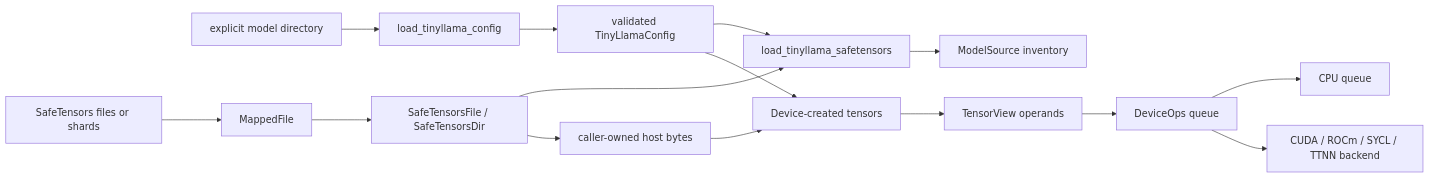
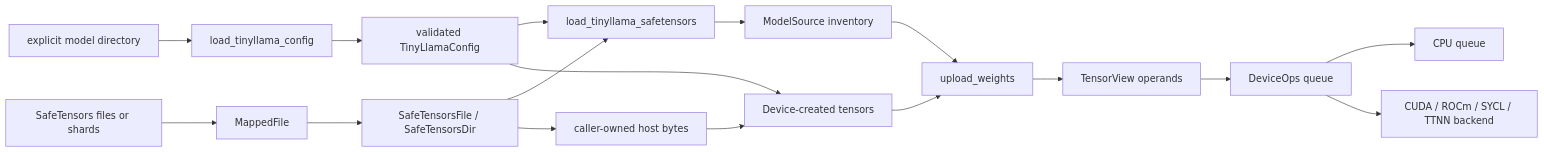
The diagram in docs/ARCHITECTURE.md (rlewczuk/iom), drawn with Mermaid before and after one commit. The commit also changed other lines of this file and 5 other files, not shown here.

````diff
--- a/docs/ARCHITECTURE.md
+++ b/docs/ARCHITECTURE.md
@@ -12,17 +12,19 @@
 ```mermaid
 flowchart LR
     directory[explicit model directory] --> config[load_tinyllama_config]
     config --> dimensions[validated TinyLlamaConfig]
     weights[SafeTensors files or shards] --> mapped[MappedFile]
     mapped --> store[SafeTensorsFile / SafeTensorsDir]
     dimensions --> source[load_tinyllama_safetensors]
     store --> source
     source --> inventory[ModelSource inventory]
     store --> host[caller-owned host bytes]
     host --> tensor[Device-created tensors]
     dimensions --> tensor
-    tensor --> view[TensorView operands]
+    inventory --> upload[upload_weights]
+    tensor --> upload
+    upload --> view[TensorView operands]
     view --> queue[DeviceOps queue]
     queue --> cpu[CPU queue]
     queue --> accel[CUDA / ROCm / SYCL / TTNN backend]
 ```
````
